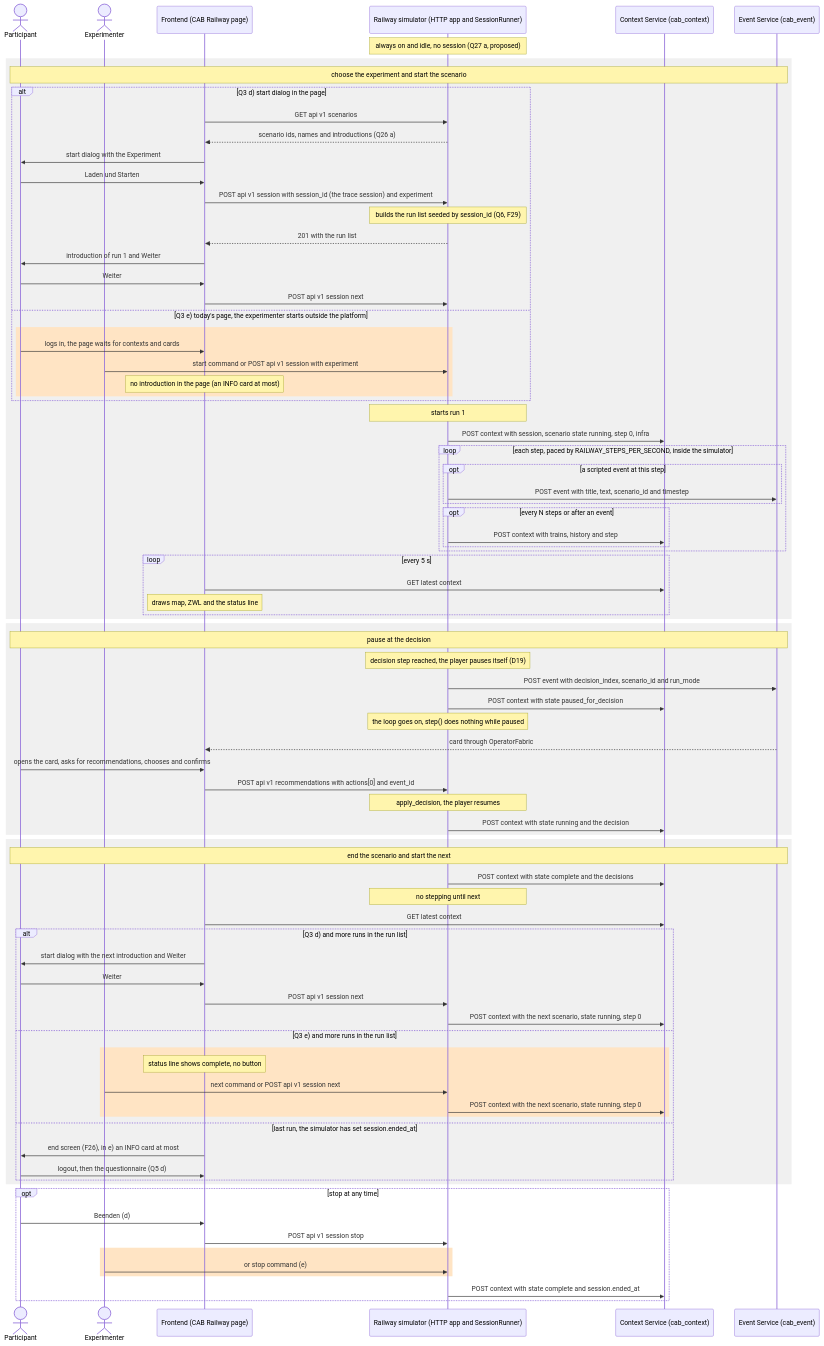
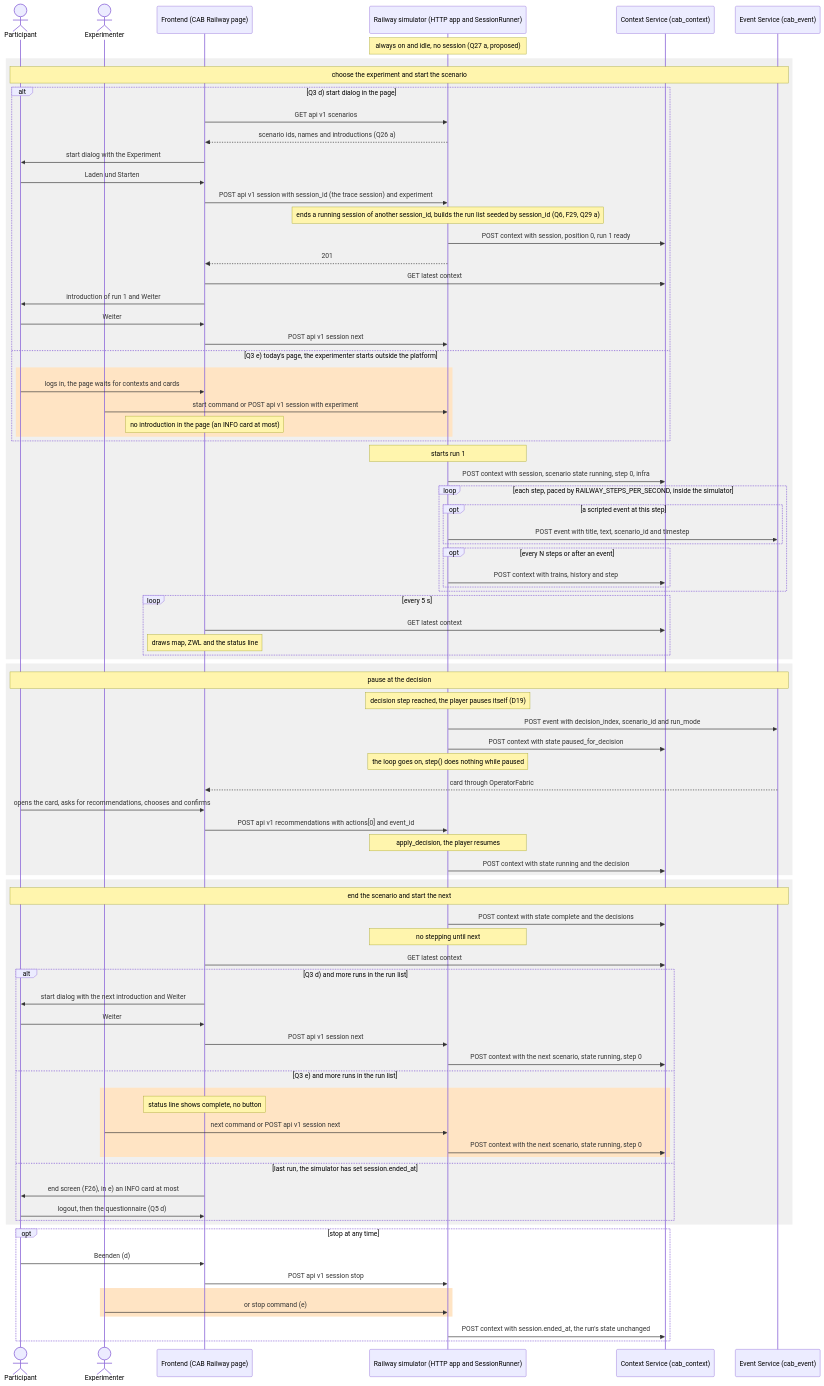
One commit to ainetus/InteractiveAI changed the ninth of 15 diagrams in docs/plans/railway-use-case.md. Above: the diagram before and after it, drawn with Mermaid. The commit also changed other lines of this file, not shown here.

First line of the commit message:
docs(plans): decide Q29 and fix the session end, questionnaire and step gaps in the Railway plan

````diff
--- a/docs/plans/railway-use-case.md
+++ b/docs/plans/railway-use-case.md
@@ -1355,8 +1359,10 @@
         FE->>P: start dialog with the Experiment
         P->>FE: Laden und Starten
         FE->>Sim: POST api v1 session with session_id (the trace session) and experiment
-        Note over Sim: builds the run list seeded by session_id (Q6, F29)
-        Sim-->>FE: 201 with the run list
+        Note over Sim: ends a running session of another session_id, builds the run list seeded by session_id (Q6, F29, Q29 a)
+        Sim->>Ctx: POST context with session, position 0, run 1 ready
+        Sim-->>FE: 201
+        FE->>Ctx: GET latest context
         FE->>P: introduction of run 1 and Weiter
         P->>FE: Weiter
         FE->>Sim: POST api v1 session next
@@ -1421,6 +1427,6 @@
         rect rgb(255, 228, 196)
         Exp->>Sim: or stop command (e)
         end
-        Sim->>Ctx: POST context with state complete and session.ended_at
+        Sim->>Ctx: POST context with session.ended_at, the run's state unchanged
     end
 ```
````
